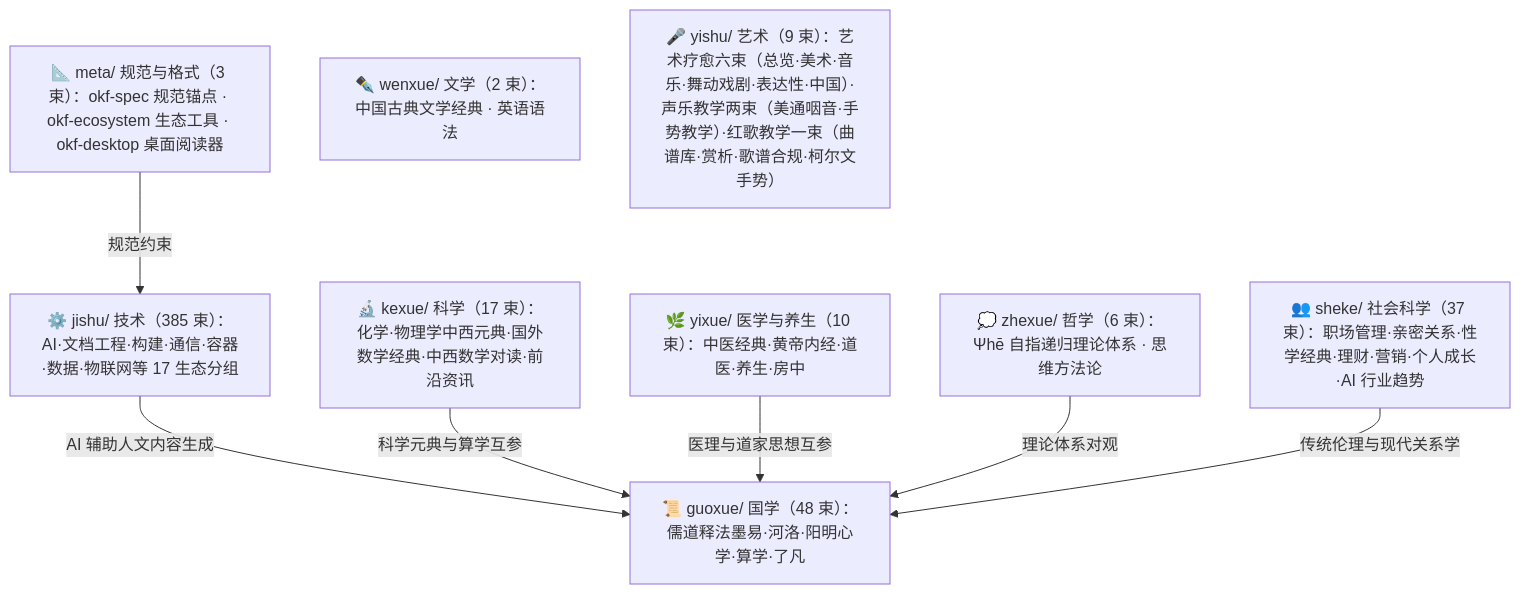
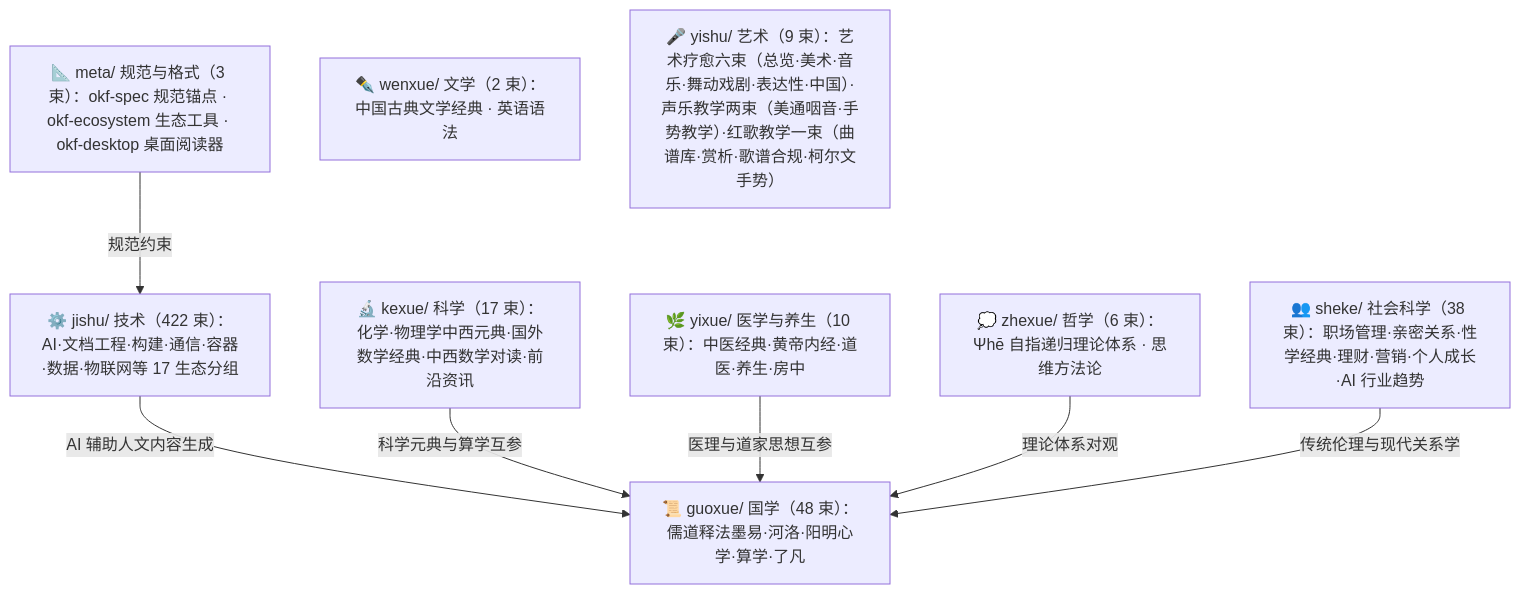
Before and after one commit to awesome-flexloop/awesome-okf: the diagram in doc/bundles/index.md, drawn with Mermaid. The commit also changed other lines of this file and 10 other files, not shown here.

````diff
--- a/doc/bundles/index.md
+++ b/doc/bundles/index.md
@@ -21,18 +21,18 @@
 ```mermaid
 flowchart TD
     meta["📐 meta/ 规范与格式（3 束）：okf-spec 规范锚点 · okf-ecosystem 生态工具 · okf-desktop 桌面阅读器"]
     guoxue["📜 guoxue/ 国学（48 束）：儒道释法墨易·河洛·阳明心学·算学·了凡"]
     zhexue["💭 zhexue/ 哲学（6 束）：Ψhē 自指递归理论体系 · 思维方法论"]
     kexue["🔬 kexue/ 科学（17 束）：化学·物理学中西元典·国外数学经典·中西数学对读·前沿资讯"]
     wenxue["✒️ wenxue/ 文学（2 束）：中国古典文学经典 · 英语语法"]
     yixue["🌿 yixue/ 医学与养生（10 束）：中医经典·黄帝内经·道医·养生·房中"]
-    sheke["👥 sheke/ 社会科学（37 束）：职场管理·亲密关系·性学经典·理财·营销·个人成长·AI 行业趋势"]
+    sheke["👥 sheke/ 社会科学（38 束）：职场管理·亲密关系·性学经典·理财·营销·个人成长·AI 行业趋势"]
     yishu["🎤 yishu/ 艺术（9 束）：艺术疗愈六束（总览·美术·音乐·舞动戏剧·表达性·中国）·声乐教学两束（美通咽音·手势教学）·红歌教学一束（曲谱库·赏析·歌谱合规·柯尔文手势）"]
-    jishu["⚙️ jishu/ 技术（385 束）：AI·文档工程·构建·通信·容器·数据·物联网等 17 生态分组"]
+    jishu["⚙️ jishu/ 技术（422 束）：AI·文档工程·构建·通信·容器·数据·物联网等 17 生态分组"]
     meta -->|"规范约束"| jishu
     jishu -->|"AI 辅助人文内容生成"| guoxue
     kexue -->|"科学元典与算学互参"| guoxue
     yixue -->|"医理与道家思想互参"| guoxue
     zhexue -->|"理论体系对观"| guoxue
     sheke -->|"传统伦理与现代关系学"| guoxue
 ```
````
